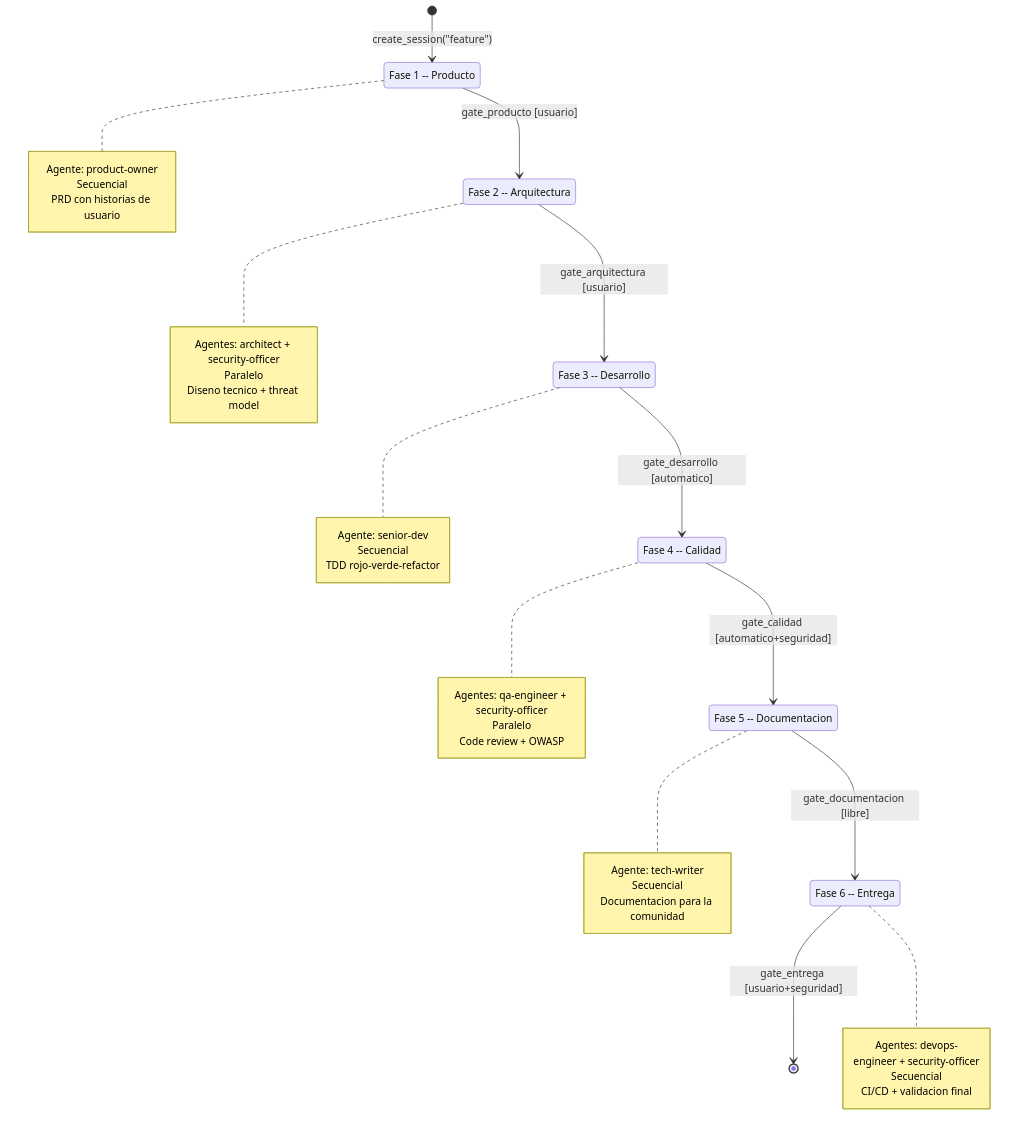
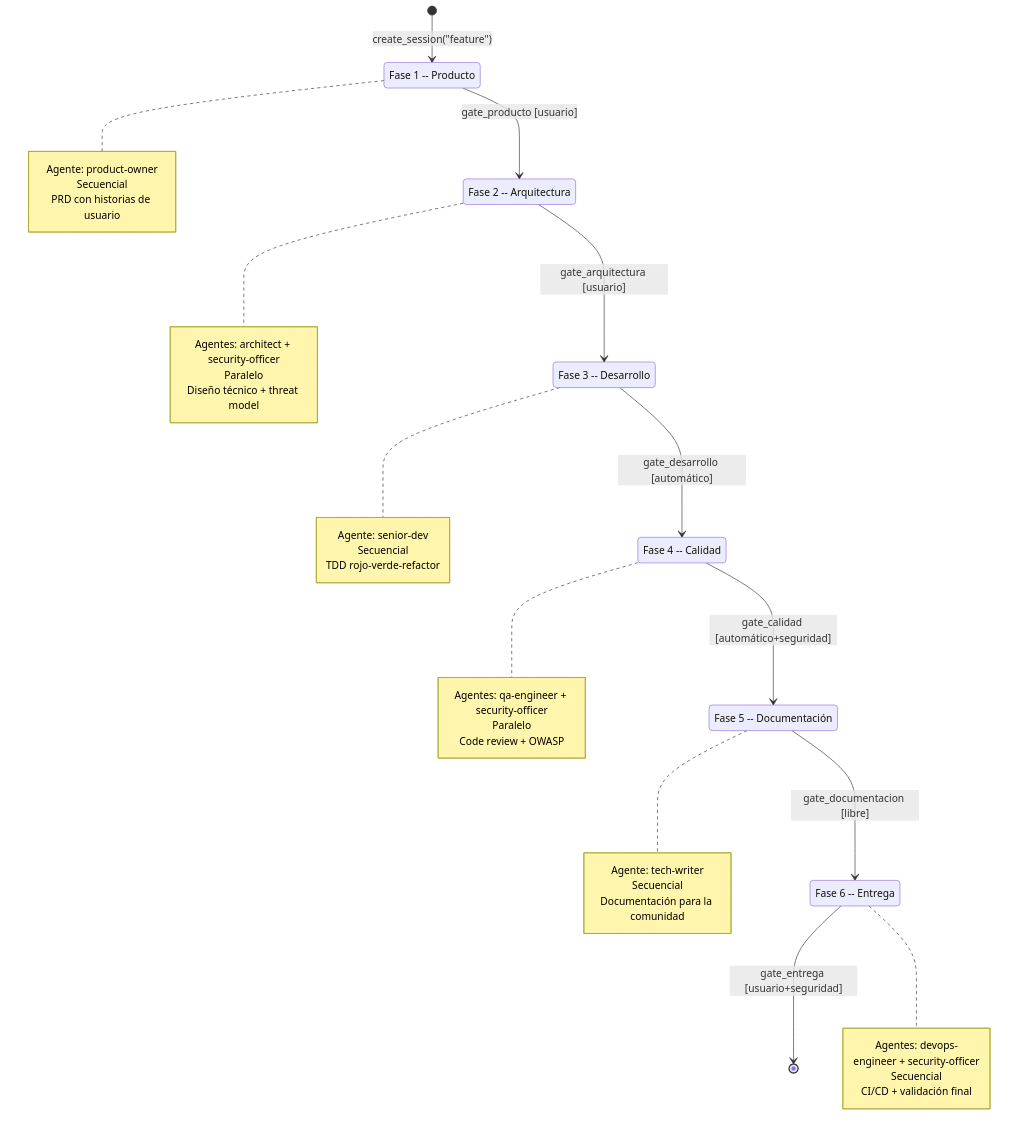
Before and after one commit to 686f6c61/alfred-dev: the first of 6 diagrams in docs/flows.md, drawn with Mermaid. The commit also changed other lines of this file and 93 other files, not shown here.

````diff
--- a/docs/flows.md
+++ b/docs/flows.md
@@ -175,56 +175,56 @@
 ```mermaid
 stateDiagram-v2
     direction TB
 
     [*] --> producto: create_session("feature")
 
     state "Fase 1 -- Producto" as producto
     state "Fase 2 -- Arquitectura" as arquitectura
     state "Fase 3 -- Desarrollo" as desarrollo
     state "Fase 4 -- Calidad" as calidad
-    state "Fase 5 -- Documentacion" as documentacion
+    state "Fase 5 -- Documentación" as documentación
     state "Fase 6 -- Entrega" as entrega
 
     producto --> arquitectura: gate_producto [usuario]
     arquitectura --> desarrollo: gate_arquitectura [usuario]
-    desarrollo --> calidad: gate_desarrollo [automatico]
-    calidad --> documentacion: gate_calidad [automatico+seguridad]
-    documentacion --> entrega: gate_documentacion [libre]
+    desarrollo --> calidad: gate_desarrollo [automático]
+    calidad --> documentación: gate_calidad [automático+seguridad]
+    documentación --> entrega: gate_documentacion [libre]
     entrega --> [*]: gate_entrega [usuario+seguridad]
 
     note right of producto
         Agente: product-owner
         Secuencial
         PRD con historias de usuario
     end note
 
     note right of arquitectura
         Agentes: architect + security-officer
         Paralelo
-        Diseno tecnico + threat model
+        Diseño técnico + threat model
     end note
 
     note right of desarrollo
         Agente: senior-dev
         Secuencial
         TDD rojo-verde-refactor
     end note
 
     note right of calidad
         Agentes: qa-engineer + security-officer
         Paralelo
         Code review + OWASP
     end note
 
-    note right of documentacion
+    note right of documentación
         Agente: tech-writer
         Secuencial
-        Documentacion para la comunidad
+        Documentación para la comunidad
     end note
 
     note right of entrega
         Agentes: devops-engineer + security-officer
         Secuencial
-        CI/CD + validacion final
+        CI/CD + validación final
     end note
 ```
````
